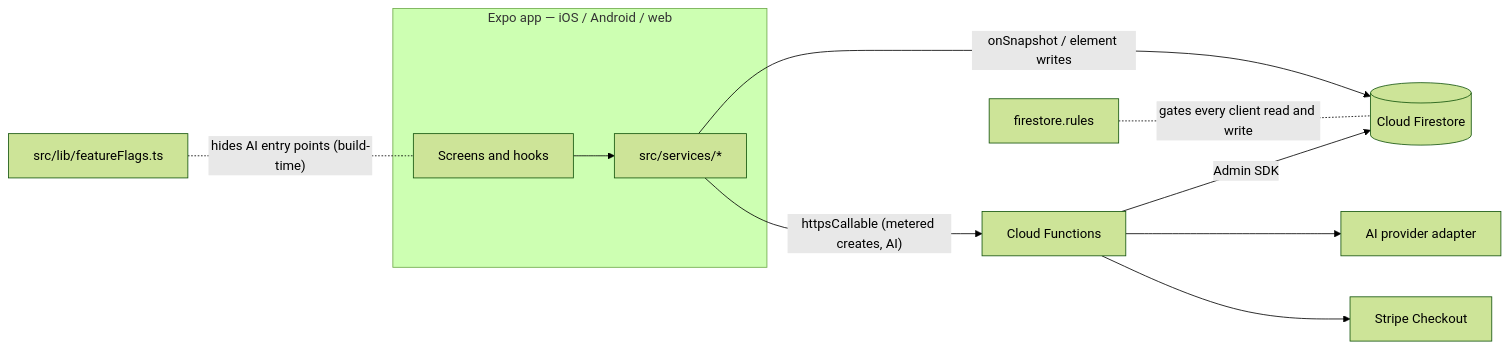
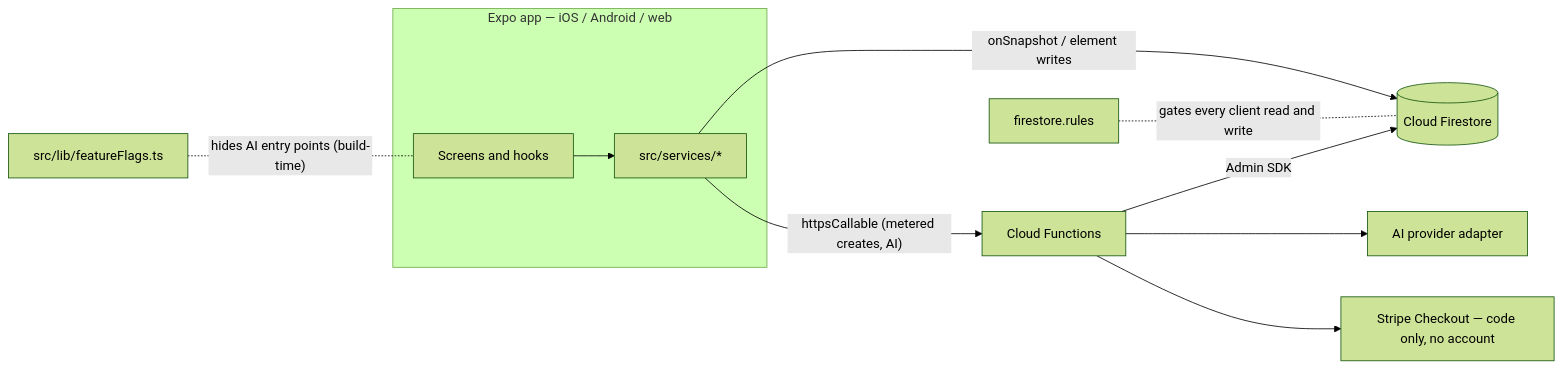
The diagram in ARCHITECTURE.md (firegiant9000/B.O.A.R.D), drawn with Mermaid (forest theme) before and after one commit. The commit also changed other lines of this file, not shown here.

Commit message:
docs: qualify the Stripe node, the gateway's legacy path, and the session-grant exception

````diff
--- a/ARCHITECTURE.md
+++ b/ARCHITECTURE.md
@@ -108,13 +109,13 @@
 ```mermaid
 flowchart LR
   subgraph client["Expo app — iOS / Android / web"]
     UI["Screens and hooks"] --> SVC["src/services/*"]
   end
   SVC -- "onSnapshot / element writes" --> FS[("Cloud Firestore")]
   SVC -- "httpsCallable (metered creates, AI)" --> CF["Cloud Functions"]
   CF -- "Admin SDK" --> FS
   CF --> AI["AI provider adapter"]
-  CF --> ST["Stripe Checkout"]
+  CF --> ST["Stripe Checkout — code only, no account"]
   RULES["firestore.rules"] -. "gates every client read and write" .- FS
   CFG["src/lib/featureFlags.ts"] -. "hides AI entry points (build-time)" .- UI
 ```
````
